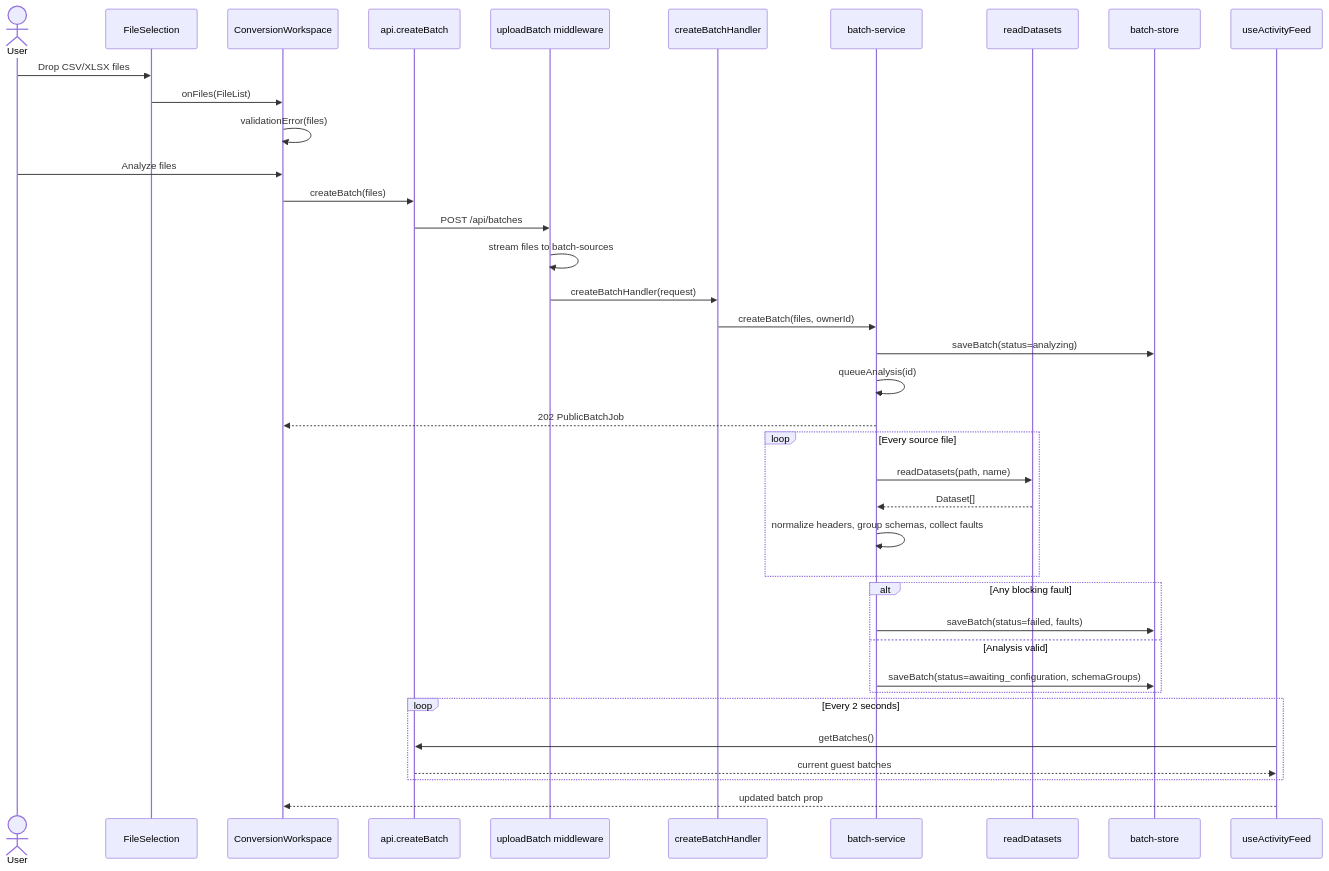
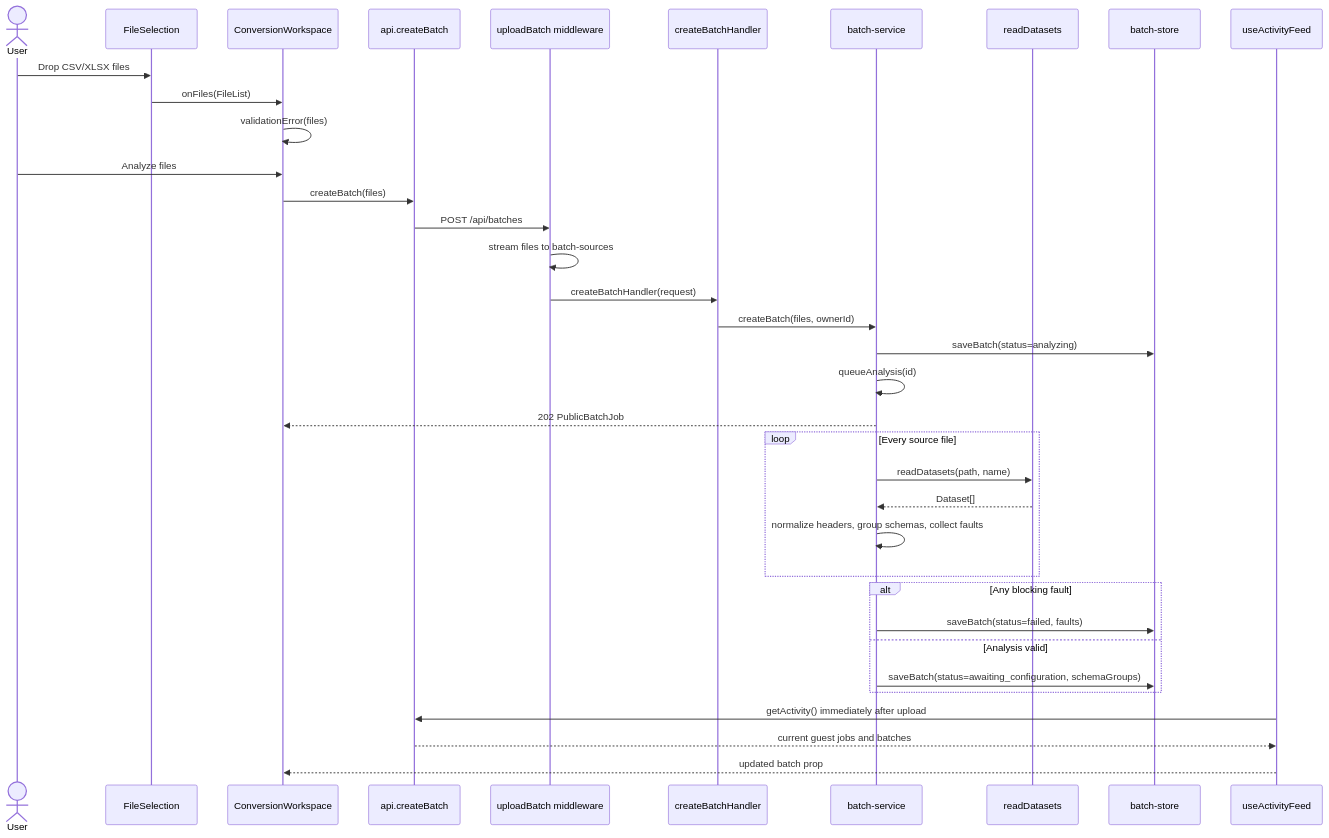
One commit to kskaman/DataForge changed the third of 10 diagrams in docs/WORKFLOWS.md. Above: the diagram before and after it, drawn with Mermaid. The commit also changed other lines of this file and 19 other files, not shown here.

````diff
--- a/docs/WORKFLOWS.md
+++ b/docs/WORKFLOWS.md
@@ -77,44 +77,42 @@
 ```mermaid
 sequenceDiagram
     actor User
     participant Files as FileSelection
     participant Workspace as ConversionWorkspace
     participant Client as api.createBatch
     participant Route as uploadBatch middleware
     participant Controller as createBatchHandler
     participant Service as batch-service
     participant Dataset as readDatasets
     participant Store as batch-store
     participant Feed as useActivityFeed
 
     User->>Files: Drop CSV/XLSX files
     Files->>Workspace: onFiles(FileList)
     Workspace->>Workspace: validationError(files)
     User->>Workspace: Analyze files
     Workspace->>Client: createBatch(files)
     Client->>Route: POST /api/batches
     Route->>Route: stream files to batch-sources
     Route->>Controller: createBatchHandler(request)
     Controller->>Service: createBatch(files, ownerId)
     Service->>Store: saveBatch(status=analyzing)
     Service->>Service: queueAnalysis(id)
     Service-->>Workspace: 202 PublicBatchJob
 
     loop Every source file
         Service->>Dataset: readDatasets(path, name)
         Dataset-->>Service: Dataset[]
         Service->>Service: normalize headers, group schemas, collect faults
     end
 
     alt Any blocking fault
         Service->>Store: saveBatch(status=failed, faults)
     else Analysis valid
         Service->>Store: saveBatch(status=awaiting_configuration, schemaGroups)
     end
 
-    loop Every 2 seconds
-        Feed->>Client: getBatches()
-        Client-->>Feed: current guest batches
-    end
+    Feed->>Client: getActivity() immediately after upload
+    Client-->>Feed: current guest jobs and batches
     Feed-->>Workspace: updated batch prop
 ```
````
